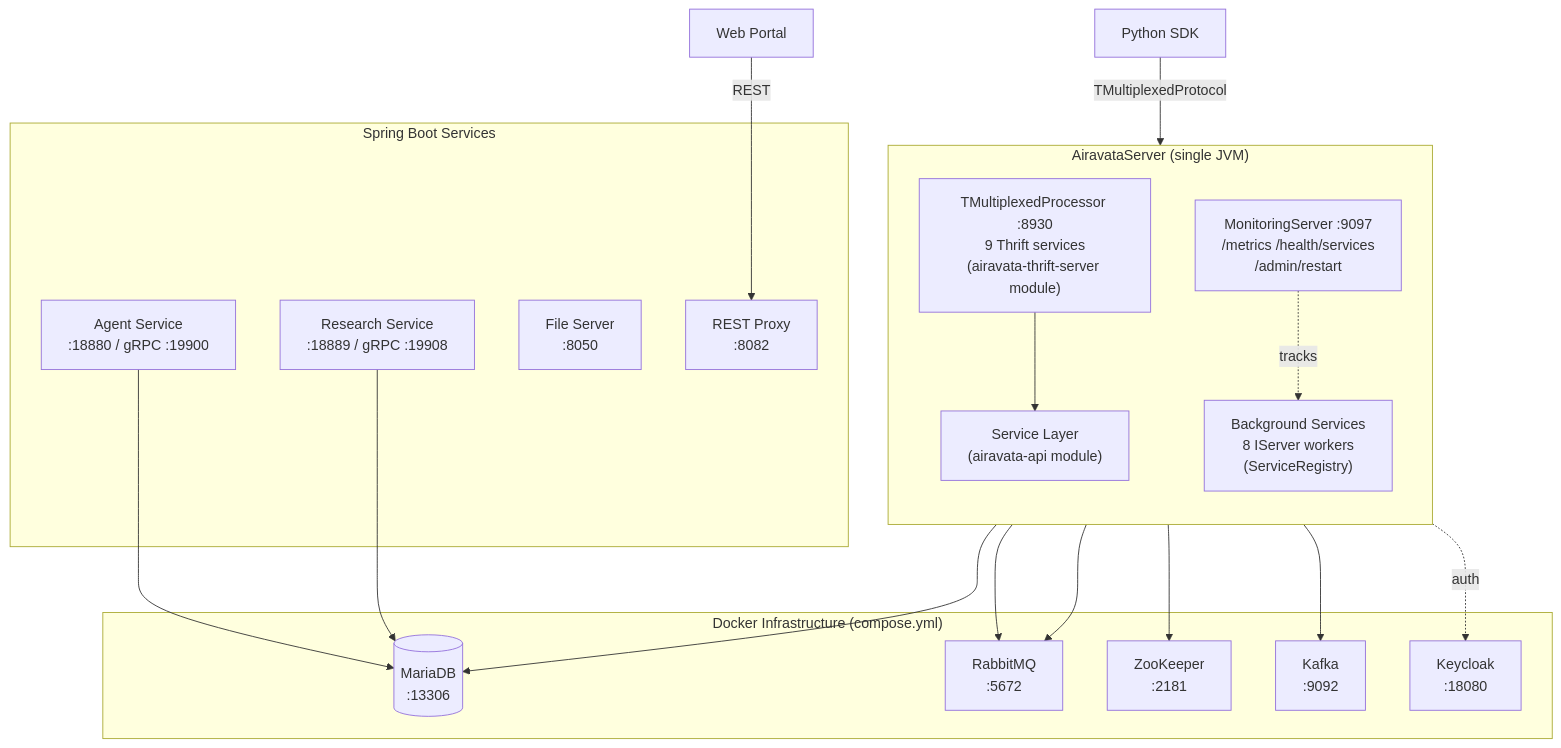
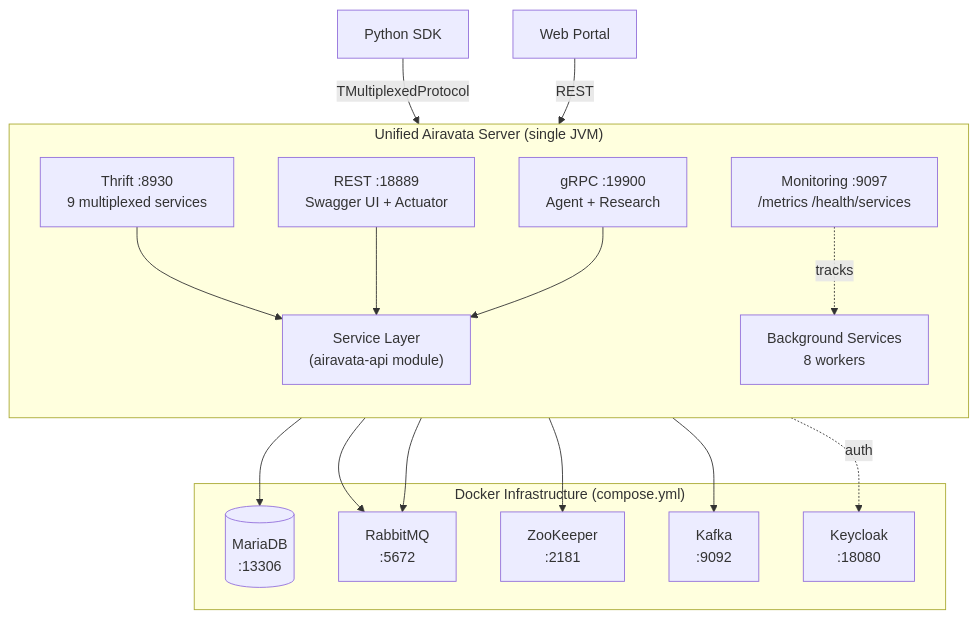
Before and after one commit to apache/airavata: the first of 3 diagrams in README.md, drawn with Mermaid. The commit also changed other lines of this file and 2 other files, not shown here.

First line of the commit message:
docs: update README, INSTALL, Dockerfile to match unified server architecture

````diff
--- a/README.md
+++ b/README.md
@@ -60,38 +60,33 @@
 ```mermaid
 graph TB
     subgraph "Docker Infrastructure (compose.yml)"
         DB[(MariaDB<br/>:13306)]
         RMQ[RabbitMQ<br/>:5672]
         ZK[ZooKeeper<br/>:2181]
         KFK[Kafka<br/>:9092]
         KC[Keycloak<br/>:18080]
     end
 
-    subgraph "AiravataServer (single JVM)"
+    subgraph "Unified Airavata Server (single JVM)"
         direction TB
-        MUX["TMultiplexedProcessor :8930<br/>9 Thrift services<br/>(airavata-thrift-server module)"]
+        MUX["Thrift :8930<br/>9 multiplexed services"]
+        REST["REST :18889<br/>Swagger UI + Actuator"]
+        GRPC["gRPC :19900<br/>Agent + Research"]
         SVC["Service Layer<br/>(airavata-api module)"]
-        BG["Background Services<br/>8 IServer workers<br/>(ServiceRegistry)"]
-        MON["MonitoringServer :9097<br/>/metrics  /health/services<br/>/admin/restart"]
-    end
-
-    subgraph "Spring Boot Services"
-        RS[Research Service<br/>:18889 / gRPC :19908]
-        AS[Agent Service<br/>:18880 / gRPC :19900]
-        FS[File Server<br/>:8050]
-        RP[REST Proxy<br/>:8082]
+        BG["Background Services<br/>8 workers"]
+        MON["Monitoring :9097<br/>/metrics /health/services"]
     end
 
     SDK[Python SDK] -->|TMultiplexedProtocol| MUX
-    Portal[Web Portal] -->|REST| RP
+    Portal[Web Portal] -->|REST| REST
     MUX --> SVC
+    REST --> SVC
+    GRPC --> SVC
     SVC --> DB
     SVC --> RMQ
     BG --> ZK
     BG --> KFK
     BG --> RMQ
-    AS --> DB
-    RS --> DB
     SVC -.->|auth| KC
     MON -.->|tracks| BG
 ```
````
